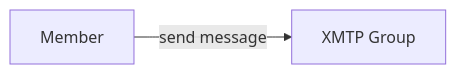
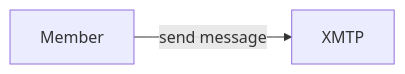
Before and after one commit to templ-fun/templ-evm-protocol: the fourth of 12 diagrams in CORE_FLOW_DOCS.MD, drawn with Mermaid. The commit also changed other lines of this file, not shown here.

Commit message:
docs(core): standardize mermaid labels

````diff
--- a/CORE_FLOW_DOCS.MD
+++ b/CORE_FLOW_DOCS.MD
@@ -65,4 +65,4 @@
 ```mermaid
 flowchart LR
-    M[Member] -->|send message| X[XMTP Group]
+    M[Member] -->|send message| X[XMTP]
 ```
````
